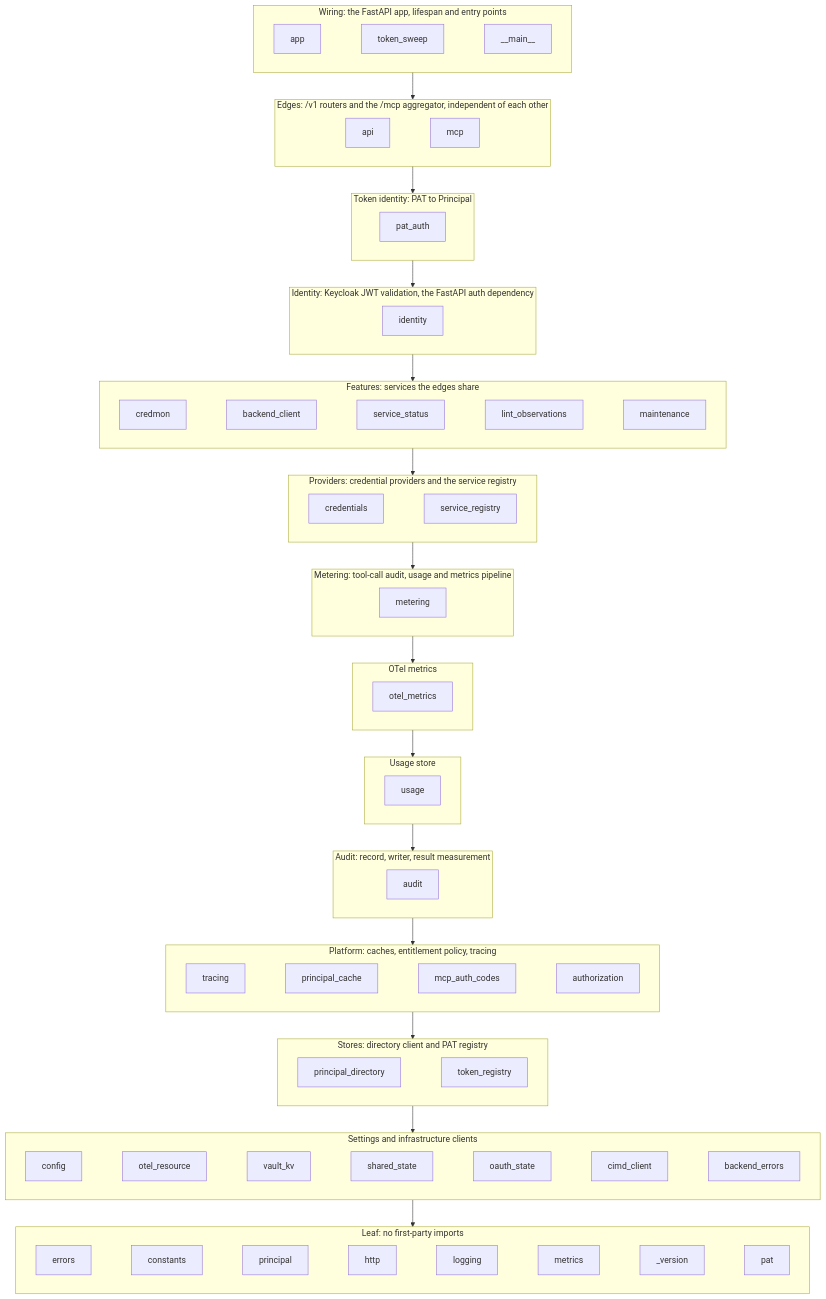
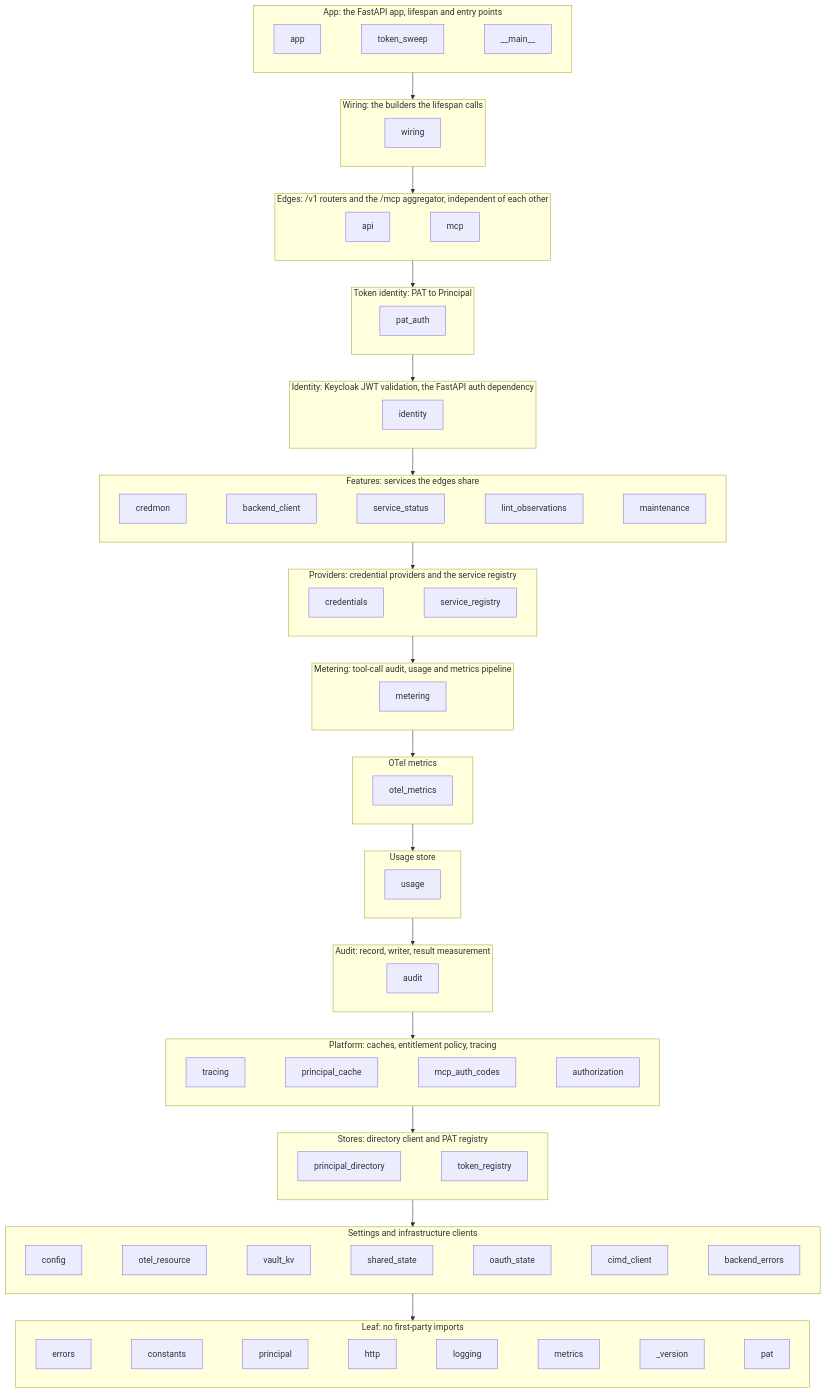
One commit to maniaclab/af-mcp-platform changed the diagram in docs/architecture.md. Above: the diagram before and after it, drawn with Mermaid. The commit also changed other lines of this file and 52 other files, not shown here.

First line of the commit message:
refactor(app): build each subsystem in its own builder instead of one lifespan (#429)

````diff
--- a/docs/architecture.md
+++ b/docs/architecture.md
@@ -329,11 +329,15 @@
 ```mermaid
 flowchart TB
-    subgraph wiring["Wiring: the FastAPI app, lifespan and entry points"]
+    subgraph appL["App: the FastAPI app, lifespan and entry points"]
         direction LR
         m_app["app"]
         m_token_sweep["token_sweep"]
         m_main["__main__"]
         m_app ~~~ m_token_sweep ~~~ m_main
+    end
+    subgraph wiring["Wiring: the builders the lifespan calls"]
+        direction LR
+        m_wiring["wiring"]
     end
     subgraph edges["Edges: /v1 routers and the /mcp aggregator, independent of each other"]
         direction LR
@@ -417,5 +421,5 @@
         m_pat["pat"]
         m_errors ~~~ m_constants ~~~ m_principal ~~~ m_http ~~~ m_logging ~~~ m_metrics ~~~ m_version ~~~ m_pat
     end
-    wiring --> edges --> tokenid --> ident --> features --> providers --> meteringL --> otelL --> usageL --> auditL --> platform --> stores --> settings --> leaf
+    appL --> wiring --> edges --> tokenid --> ident --> features --> providers --> meteringL --> otelL --> usageL --> auditL --> platform --> stores --> settings --> leaf
 ```
````
